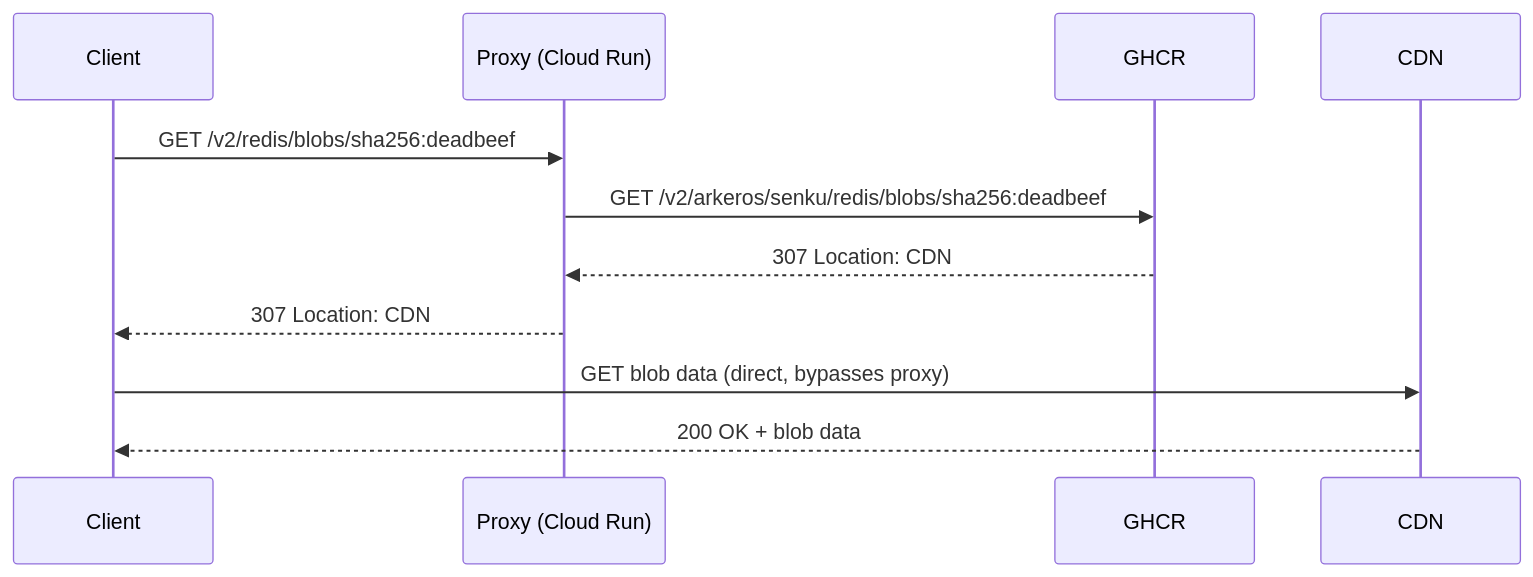
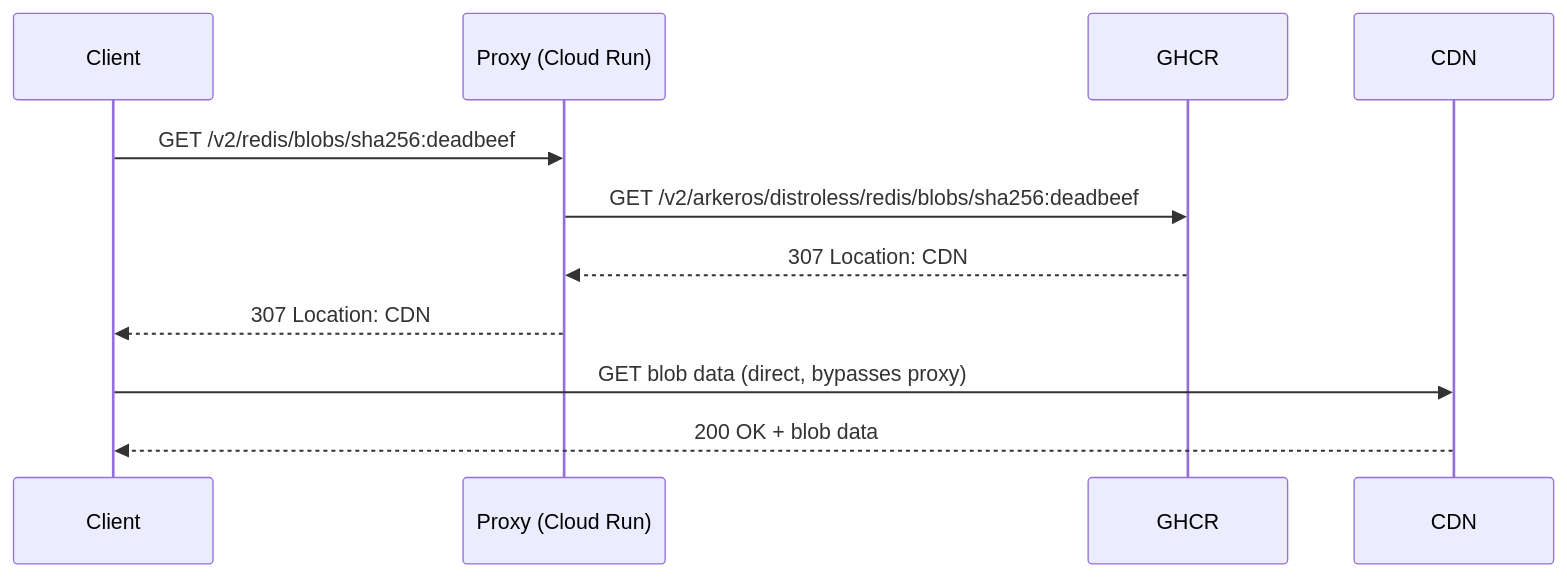
Before and after one commit to arkeros/distroless: the second of 2 diagrams in oci/cmd/registry/README.md, drawn with Mermaid. The commit also changed other lines of this file and 129 other files, not shown here.

First line of the commit message:
refactor: rename senku to distroless

````diff
--- a/oci/cmd/registry/README.md
+++ b/oci/cmd/registry/README.md
@@ -39,14 +39,14 @@
 ```mermaid
 sequenceDiagram
     participant Client
     participant Proxy as Proxy (Cloud Run)
     participant GHCR
     participant CDN
 
     Client->>Proxy: GET /v2/redis/blobs/sha256:deadbeef
-    Proxy->>GHCR: GET /v2/arkeros/senku/redis/blobs/sha256:deadbeef
+    Proxy->>GHCR: GET /v2/arkeros/distroless/redis/blobs/sha256:deadbeef
     GHCR-->>Proxy: 307 Location: CDN
     Proxy-->>Client: 307 Location: CDN
     Client->>CDN: GET blob data (direct, bypasses proxy)
     CDN-->>Client: 200 OK + blob data
 ```
````
